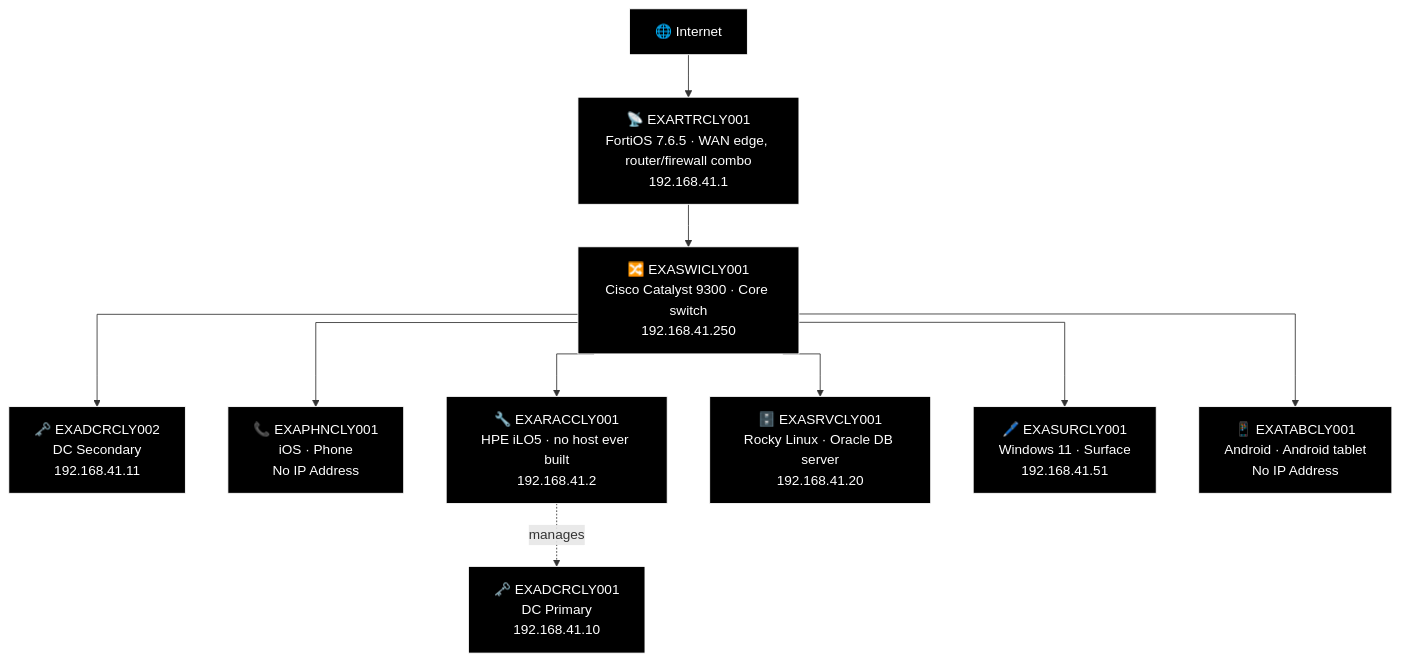
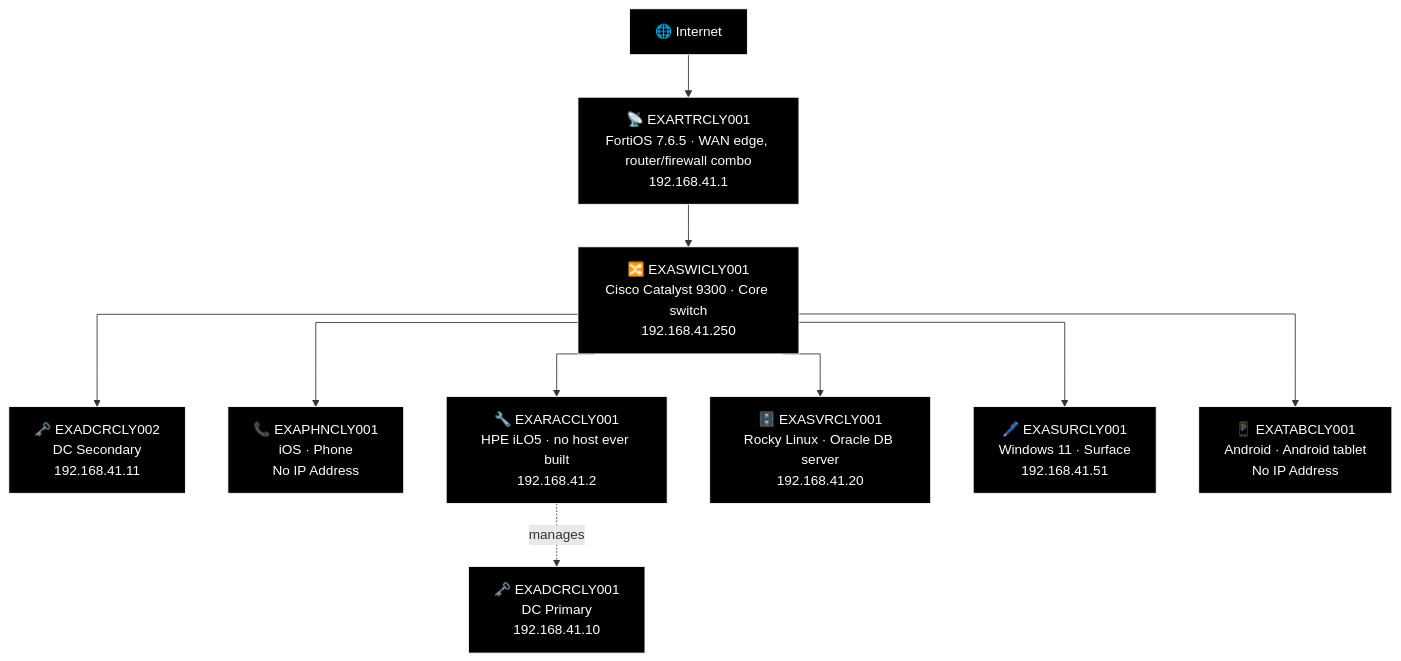
The tenth of 21 diagrams in docs/network-diagram/scotland.md (knightmare2600/example_music_infra), drawn with Mermaid before and after one commit. The commit also changed other lines of this file and 44 other files, not shown here.

````diff
--- a/docs/network-diagram/scotland.md
+++ b/docs/network-diagram/scotland.md
@@ -644,36 +644,36 @@
 ```mermaid
 %% GENERATED:OLDNETWORK:CLY:START
 %%{init: {'flowchart': {'curve': 'stepAfter'}}}%%
 graph TD
     O_INET["🌐 Internet"]
     O_RTR["📡 EXARTRCLY001<br/>FortiOS 7.6.5 · WAN edge, router/firewall combo<br/>192.168.41.1"]
     O_SWI["🔀 EXASWICLY001<br/>Cisco Catalyst 9300 · Core switch<br/>192.168.41.250"]
     O_DCR1["🗝️ EXADCRCLY001<br/>DC Primary<br/>192.168.41.10"]
     O_DCR2["🗝️ EXADCRCLY002<br/>DC Secondary<br/>192.168.41.11"]
     O_PHN["📞 EXAPHNCLY001<br/>iOS · Phone<br/>No IP Address"]
     O_RAC["🔧 EXARACCLY001<br/>HPE iLO5 · no host ever built<br/>192.168.41.2"]
-    O_SRV["🗄️ EXASRVCLY001<br/>Rocky Linux · Oracle DB server<br/>192.168.41.20"]
+    O_SRV["🗄️ EXASVRCLY001<br/>Rocky Linux · Oracle DB server<br/>192.168.41.20"]
     O_SUR["🖊️ EXASURCLY001<br/>Windows 11 · Surface<br/>192.168.41.51"]
     O_TAB["📱 EXATABCLY001<br/>Android · Android tablet<br/>No IP Address"]
     O_INET --> O_RTR
     O_RTR --> O_SWI
     O_SWI --> O_DCR2
     O_SWI --> O_PHN
     O_SWI --> O_RAC
     O_RAC -.->|"manages"| O_DCR1
     O_SWI --> O_SRV
     O_SWI --> O_SUR
     O_SWI --> O_TAB
 
     style O_INET fill:#000000,stroke:#FFFFFF,color:#FFFFFF
     style O_RTR fill:#000000,stroke:#FFFFFF,color:#FFFFFF
     style O_SWI fill:#000000,stroke:#FFFFFF,color:#FFFFFF
     style O_DCR1 fill:#000000,stroke:#FFFFFF,color:#FFFFFF
     style O_DCR2 fill:#000000,stroke:#FFFFFF,color:#FFFFFF
     style O_PHN fill:#000000,stroke:#FFFFFF,color:#FFFFFF
     style O_RAC fill:#000000,stroke:#FFFFFF,color:#FFFFFF
     style O_SRV fill:#000000,stroke:#FFFFFF,color:#FFFFFF
     style O_SUR fill:#000000,stroke:#FFFFFF,color:#FFFFFF
     style O_TAB fill:#000000,stroke:#FFFFFF,color:#FFFFFF
 %% GENERATED:OLDNETWORK:CLY:END
 ```
````
